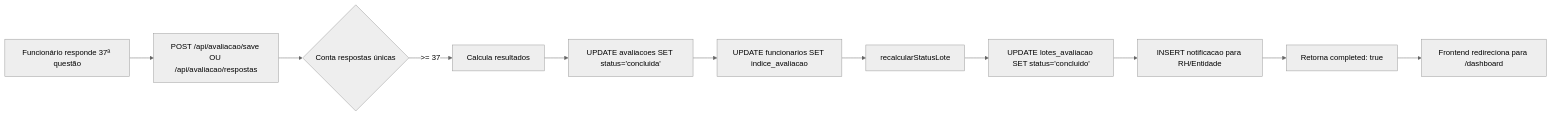
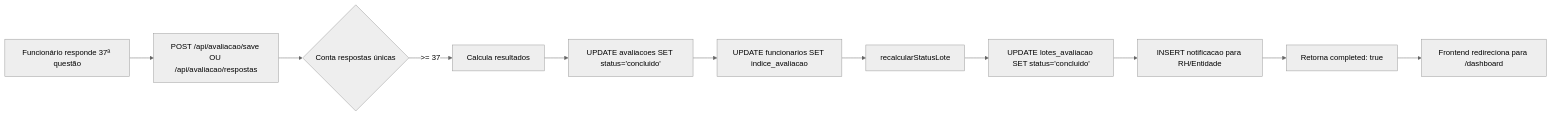
The diagram in docs/CORRECAO-AUTO-CONCLUSAO-AVALIACOES.md (ronaldofilardo/Qwork), drawn with Mermaid (neutral theme) before and after one commit. The commit also changed other lines of this file and 859 other files, not shown here.

````diff
--- a/docs/CORRECAO-AUTO-CONCLUSAO-AVALIACOES.md
+++ b/docs/CORRECAO-AUTO-CONCLUSAO-AVALIACOES.md
@@ -45,13 +45,13 @@
 ```mermaid
 graph LR
     A[Funcionário responde 37ª questão] --> B[POST /api/avaliacao/save OU /api/avaliacao/respostas]
     B --> C{Conta respostas únicas}
     C -->|>= 37| D[Calcula resultados]
-    D --> E[UPDATE avaliacoes SET status='concluida']
+    D --> E[UPDATE avaliacoes SET status='concluido']
     E --> F[UPDATE funcionarios SET indice_avaliacao]
     F --> G[recalcularStatusLote]
     G --> H[UPDATE lotes_avaliacao SET status='concluido']
     H --> I[INSERT notificacao para RH/Entidade]
     I --> J[Retorna completed: true]
     J --> K[Frontend redireciona para /dashboard]
 ```
````
